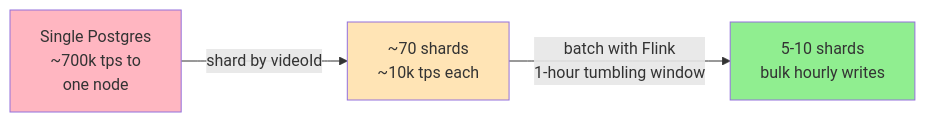
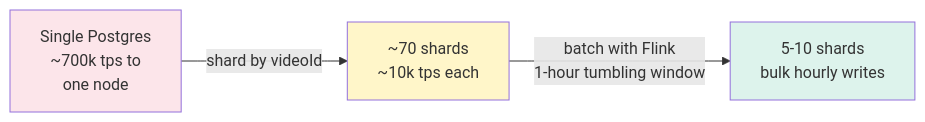
One commit to cartmancodes/InterviewVault changed the second of 3 diagrams in LLD/SystemDesign/ProblemBreakdowns/YoutubeTopK.md. Above: the diagram before and after it, drawn with Mermaid. The commit also changed other lines of this file and 679 other files, not shown here.

Commit message:
Unify content diagrams and add accessible visual walkthroughs

````diff
--- a/LLD/SystemDesign/ProblemBreakdowns/YoutubeTopK.md
+++ b/LLD/SystemDesign/ProblemBreakdowns/YoutubeTopK.md
@@ -328,9 +328,9 @@
 ```mermaid
 graph LR
     S["Single Postgres<br/>~700k tps to<br/>one node"] -->|"shard by videoId"| SH["~70 shards<br/>~10k tps each"]
     SH -->|"batch with Flink<br/>1-hour tumbling window"| BA["5-10 shards<br/>bulk hourly writes"]
 
-    style S fill:#FFB6C1
-    style SH fill:#FFE4B5
-    style BA fill:#90EE90
+    style S fill:#FCE5EA
+    style SH fill:#FFF6C9
+    style BA fill:#DDF3EC
 ```
````
